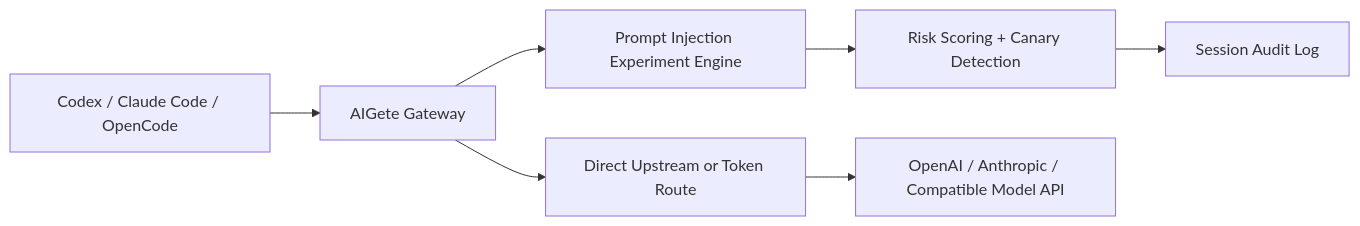
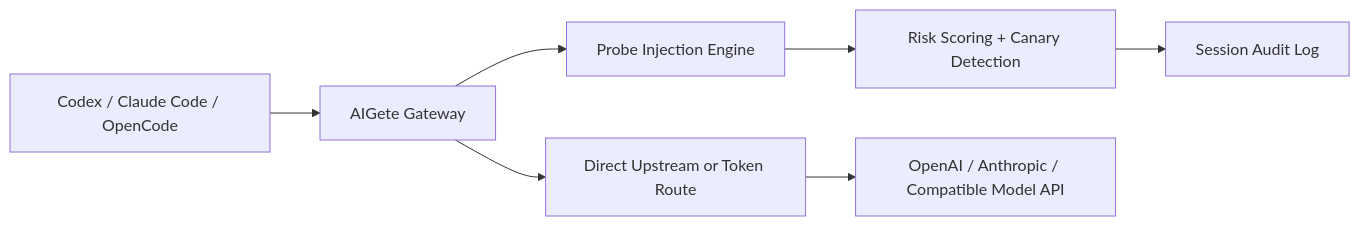
The diagram in README.md (wimi321/aigete), drawn with Mermaid before and after one commit. The commit also changed other lines of this file and 14 other files, not shown here.

````diff
--- a/README.md
+++ b/README.md
@@ -139,9 +134,9 @@
 ```mermaid
 flowchart LR
     A[Codex / Claude Code / OpenCode] --> B[AIGete Gateway]
-    B --> C[Prompt Injection Experiment Engine]
+    B --> C[Probe Injection Engine]
     C --> D[Risk Scoring + Canary Detection]
     D --> E[Session Audit Log]
     B --> F[Direct Upstream or Token Route]
     F --> G[OpenAI / Anthropic / Compatible Model API]
 ```
````
